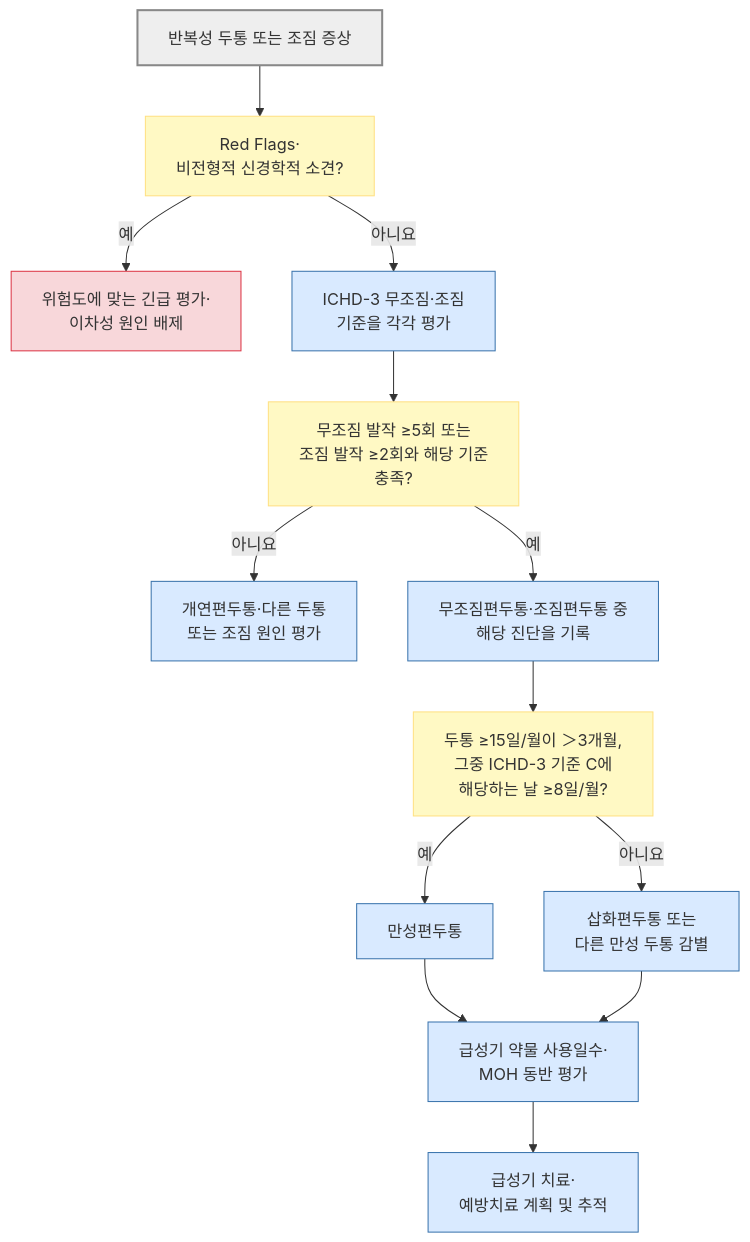
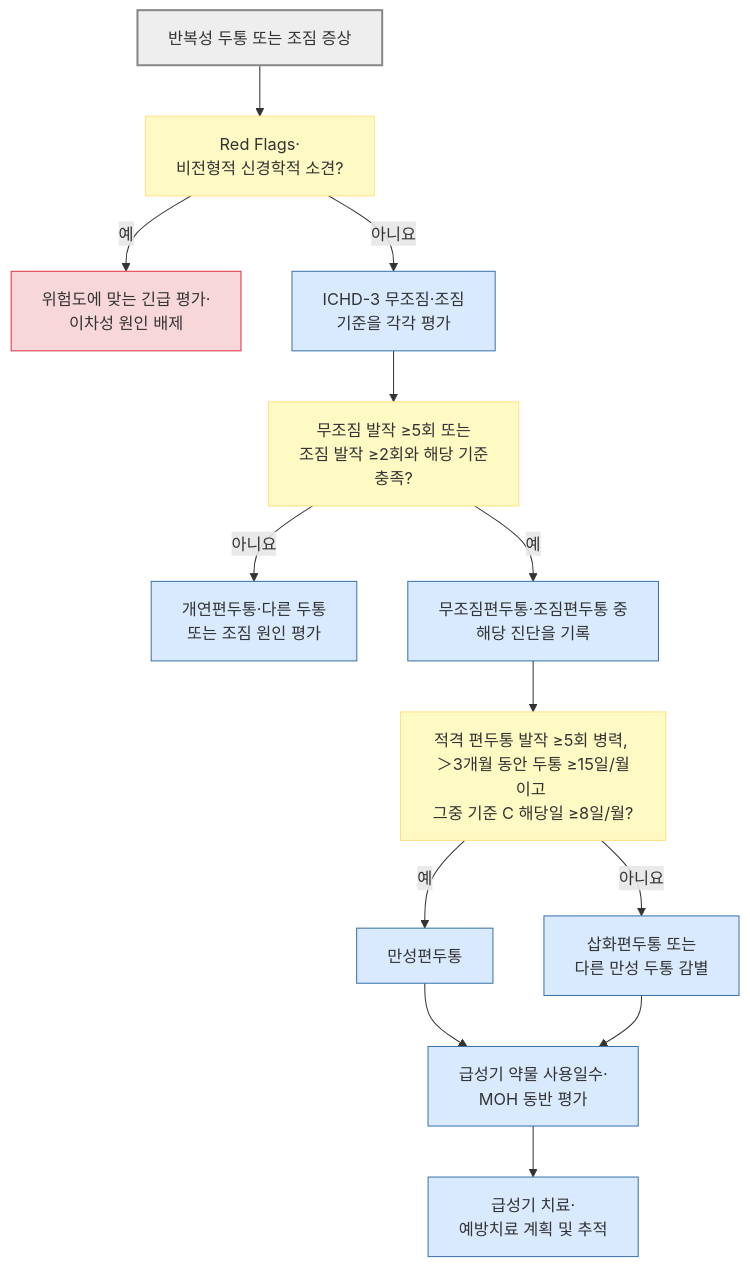
Before and after one commit to familyoh77/familyoh77: the first of 2 diagrams in 221_/016_-migraine.md, drawn with Mermaid. The commit also changed other lines of this file, not shown here.

````diff
--- a/221_/016_-migraine.md
+++ b/221_/016_-migraine.md
@@ -176,23 +177,23 @@
 ```mermaid
 flowchart TD
     A["반복성 두통 또는 조짐 증상"] --> B["Red Flags·<br/>비전형적 신경학적 소견?"]
     B -- "예" --> C["위험도에 맞는 긴급 평가·<br/>이차성 원인 배제"]
     B -- "아니요" --> D["ICHD-3 무조짐·조짐 <br/>기준을 각각 평가"]
     D --> E["무조짐 발작 ≥5회 또는 <br/>조짐 발작 ≥2회와 해당 기준 <br/>충족?"]
     E -- "아니요" --> F["개연편두통·다른 두통 <br/>또는 조짐 원인 평가"]
     E -- "예" --> G["무조짐편두통·조짐편두통 중 <br/>해당 진단을 기록"]
-    G --> H["두통 ≥15일/월이 ＞3개월, <br/>그중 ICHD-3 기준 C에 <br/>해당하는 날 ≥8일/월?"]
+    G --> H["적격 편두통 발작 ≥5회 병력, <br/>＞3개월 동안 두통 ≥15일/월이고 <br/>그중 기준 C 해당일 ≥8일/월?"]
     H -- "예" --> I["만성편두통"]
     H -- "아니요" --> J["삽화편두통 또는 <br/>다른 만성 두통 감별"]
     I --> K["급성기 약물 사용일수·<br/>MOH 동반 평가"]
     J --> K
     K --> L["급성기 치료·<br/>예방치료 계획 및 추적"]
     classDef question fill:#fff9c4,stroke:#ffe082
     classDef emergency fill:#f8d7da,stroke:#dc3545
     classDef care fill:#d9eaff,stroke:#3973ac
     class B,E,H question
     class C emergency
     class D,F,G,I,J,K,L care
     style A fill:#eeeeee,stroke:#888888,stroke-width:2px
 
 ```
````
